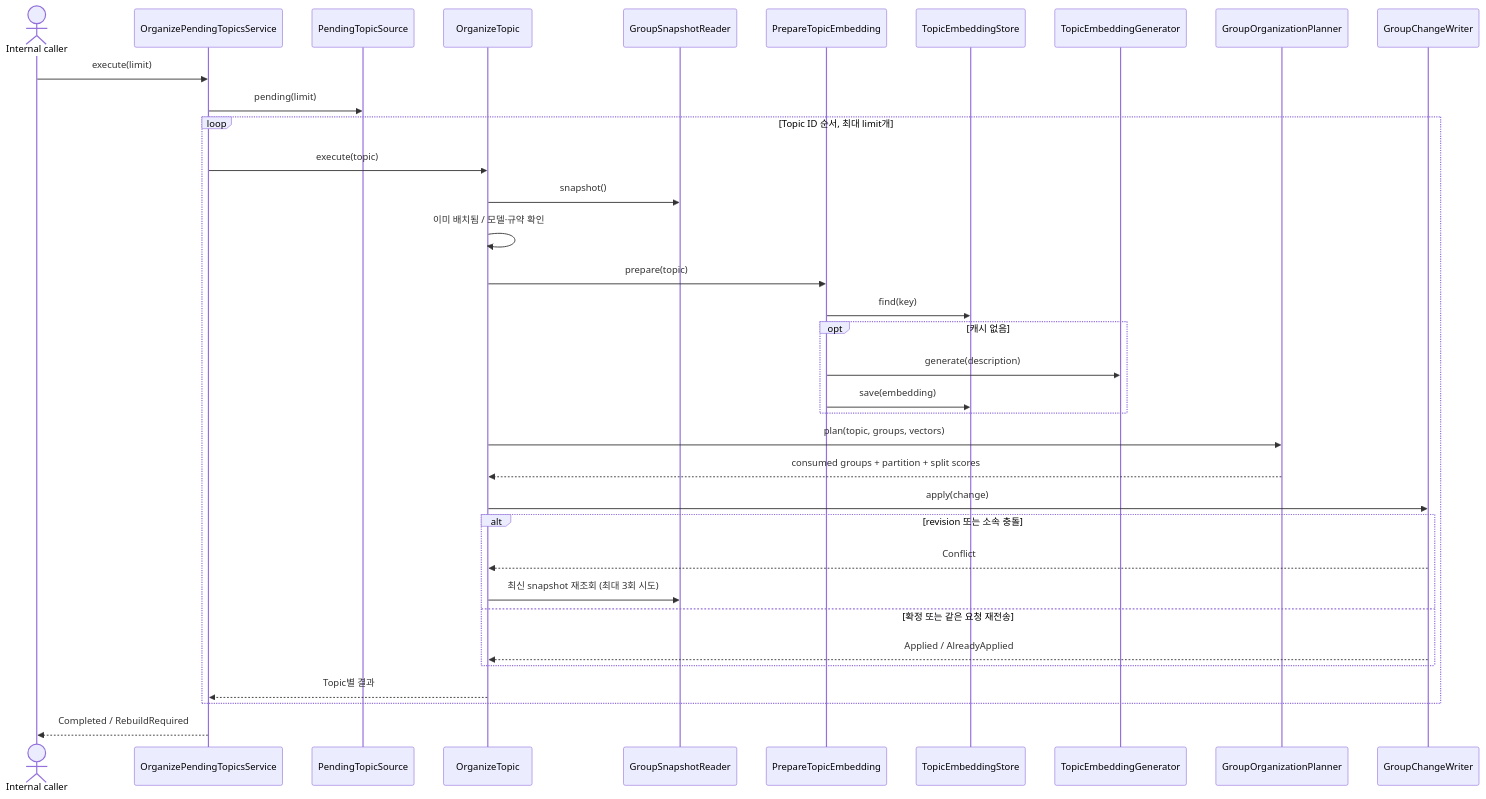
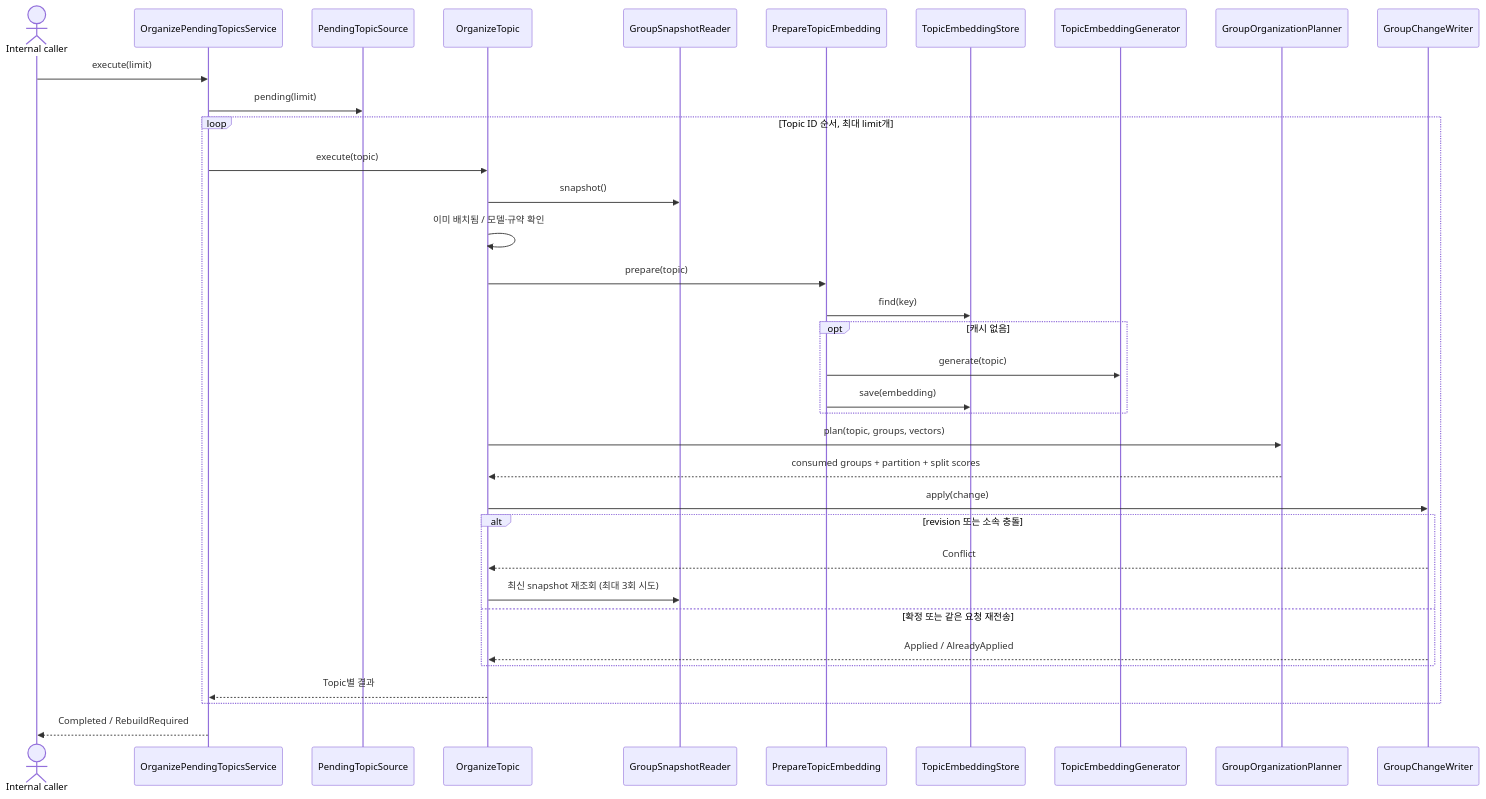
Before and after one commit to magenta1223/home_assistant: the diagram in application/src/main/kotlin/com/homeassistant/application/usecase/group/README.md, drawn with Mermaid. The commit also changed other lines of this file and 18 other files, not shown here.

````diff
--- a/application/src/main/kotlin/com/homeassistant/application/usecase/group/README.md
+++ b/application/src/main/kotlin/com/homeassistant/application/usecase/group/README.md
@@ -15,37 +16,37 @@
 ```mermaid
 sequenceDiagram
     actor Caller as Internal caller
     participant Batch as OrganizePendingTopicsService
     participant Pending as PendingTopicSource
     participant One as OrganizeTopic
     participant Snapshots as GroupSnapshotReader
     participant Embedding as PrepareTopicEmbedding
     participant Cache as TopicEmbeddingStore
     participant Generator as TopicEmbeddingGenerator
     participant Policy as GroupOrganizationPlanner
     participant Writer as GroupChangeWriter
     Caller->>Batch: execute(limit)
     Batch->>Pending: pending(limit)
     loop Topic ID 순서, 최대 limit개
         Batch->>One: execute(topic)
         One->>Snapshots: snapshot()
         One->>One: 이미 배치됨 / 모델·규약 확인
         One->>Embedding: prepare(topic)
         Embedding->>Cache: find(key)
         opt 캐시 없음
-            Embedding->>Generator: generate(description)
+            Embedding->>Generator: generate(topic)
             Embedding->>Cache: save(embedding)
         end
         One->>Policy: plan(topic, groups, vectors)
         Policy-->>One: consumed groups + partition + split scores
         One->>Writer: apply(change)
         alt revision 또는 소속 충돌
             Writer-->>One: Conflict
             One->>Snapshots: 최신 snapshot 재조회 (최대 3회 시도)
         else 확정 또는 같은 요청 재전송
             Writer-->>One: Applied / AlreadyApplied
         end
         One-->>Batch: Topic별 결과
     end
     Batch-->>Caller: Completed / RebuildRequired
 ```
````
